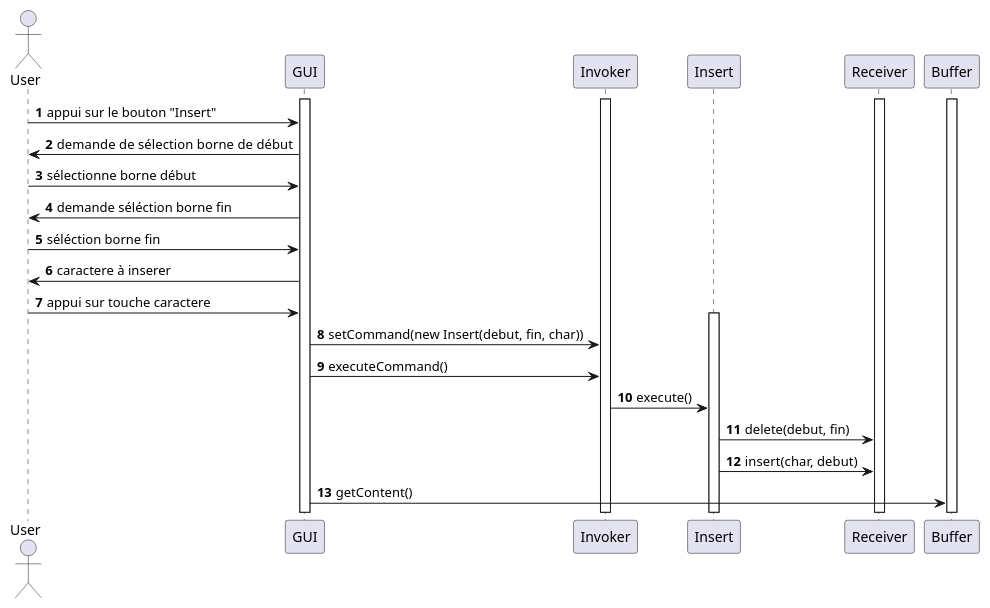
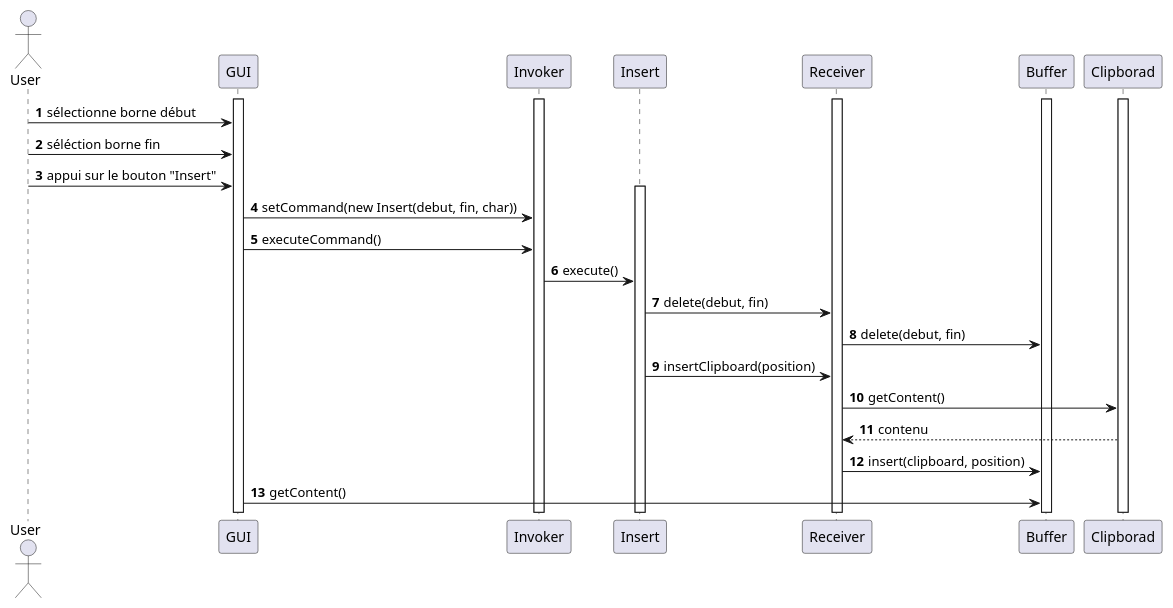
The diagram in V1/Conception/Sequence_diagrams/Insert.puml (Camille-Molinier/text-editor), drawn with PlantUML before and after one commit. The commit also changed 8 other files, not shown here.

```diff
--- a/V1/Conception/Sequence_diagrams/Insert.puml
+++ b/V1/Conception/Sequence_diagrams/Insert.puml
@@ -1,41 +1,43 @@
 @startuml
 'https://plantuml.com/sequence-diagram
 
 autonumber
 
 actor User
 
 participant GUI
 activate GUI
 participant Invoker
 activate Invoker
 participant Insert
 participant Receiver
 activate Receiver
+
 participant Buffer
 activate Buffer
-
-
+participant Clipborad
+activate Clipborad
+User -> GUI : sélectionne borne début
+User -> GUI : séléction borne fin
 User -> GUI : appui sur le bouton "Insert"
-GUI -> User : demande de  sélection borne de début
-User -> GUI : sélectionne borne début
-GUI -> User : demande séléction borne fin
-User -> GUI : séléction borne fin
-GUI -> User : caractere à inserer
-User -> GUI : appui sur touche caractere
 
 activate Insert
 
 GUI -> Invoker : setCommand(new Insert(debut, fin, char))
 
 GUI -> Invoker : executeCommand()
 
 Invoker -> Insert : execute()
 
 Insert -> Receiver : delete(debut, fin)
-Insert -> Receiver : insert(char, debut)
+Receiver -> Buffer : delete(debut, fin)
+Insert -> Receiver : insertClipboard(position)
+Receiver -> Clipborad : getContent()
+Clipborad --> Receiver : contenu
+
+Receiver -> Buffer : insert(clipboard, position)
 
 GUI -> Buffer : getContent()
 
 
 @enduml
```
